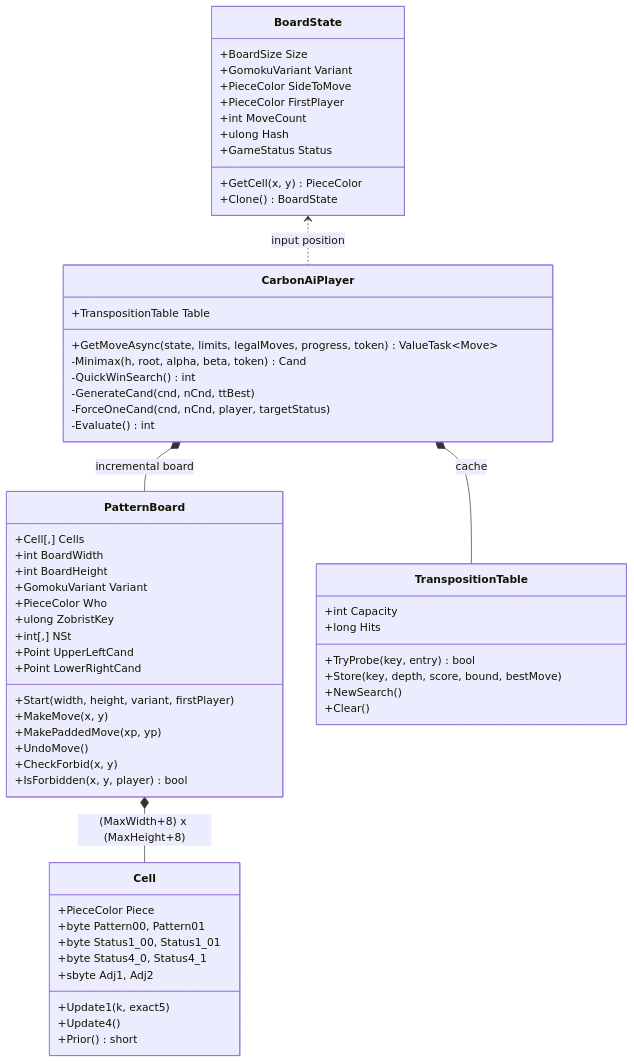
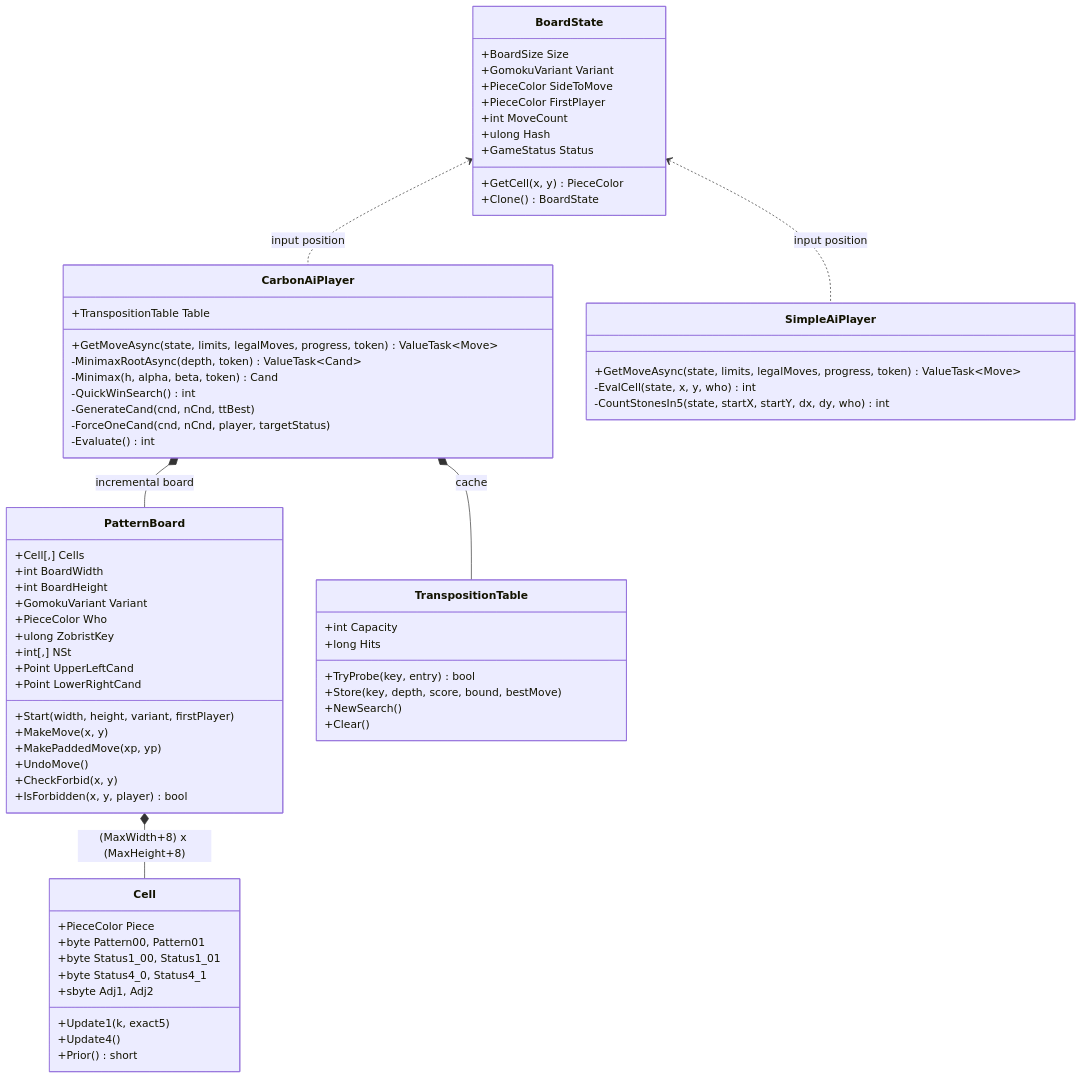
Before and after one commit to cjp-dev/Gomoku: the second of 4 diagrams in docs/brain/01-overview.md, drawn with Mermaid. The commit also changed other lines of this file and 8 other files, not shown here.

````diff
--- a/docs/brain/01-overview.md
+++ b/docs/brain/01-overview.md
@@ -56,67 +56,75 @@
 ```mermaid
 classDiagram
     class BoardState {
         +BoardSize Size
         +GomokuVariant Variant
         +PieceColor SideToMove
         +PieceColor FirstPlayer
         +int MoveCount
         +ulong Hash
         +GameStatus Status
         +GetCell(x, y) PieceColor
         +Clone() BoardState
     }
 
     class PatternBoard {
         +Cell[,] Cells
         +int BoardWidth
         +int BoardHeight
         +GomokuVariant Variant
         +PieceColor Who
         +ulong ZobristKey
         +int[,] NSt
         +Point UpperLeftCand
         +Point LowerRightCand
         +Start(width, height, variant, firstPlayer)
         +MakeMove(x, y)
         +MakePaddedMove(xp, yp)
         +UndoMove()
         +CheckForbid(x, y)
         +IsForbidden(x, y, player) bool
     }
 
     class Cell {
         +PieceColor Piece
         +byte Pattern00, Pattern01
         +byte Status1_00, Status1_01
         +byte Status4_0, Status4_1
         +sbyte Adj1, Adj2
         +Update1(k, exact5)
         +Update4()
         +Prior() short
     }
 
     class CarbonAiPlayer {
         +TranspositionTable Table
         +GetMoveAsync(state, limits, legalMoves, progress, token) ValueTask~Move~
-        -Minimax(h, root, alpha, beta, token) Cand
+        -MinimaxRootAsync(depth, token) ValueTask~Cand~
+        -Minimax(h, alpha, beta, token) Cand
         -QuickWinSearch() int
         -GenerateCand(cnd, nCnd, ttBest)
         -ForceOneCand(cnd, nCnd, player, targetStatus)
         -Evaluate() int
+    }
+
+    class SimpleAiPlayer {
+        +GetMoveAsync(state, limits, legalMoves, progress, token) ValueTask~Move~
+        -EvalCell(state, x, y, who) int
+        -CountStonesIn5(state, startX, startY, dx, dy, who) int
     }
 
     class TranspositionTable {
         +int Capacity
         +long Hits
         +TryProbe(key, entry) bool
         +Store(key, depth, score, bound, bestMove)
         +NewSearch()
         +Clear()
     }
 
     PatternBoard *-- Cell : (MaxWidth+8) x (MaxHeight+8)
     CarbonAiPlayer *-- PatternBoard : incremental board
     CarbonAiPlayer *-- TranspositionTable : cache
     BoardState <.. CarbonAiPlayer : input position
+    BoardState <.. SimpleAiPlayer : input position
 ```
````
